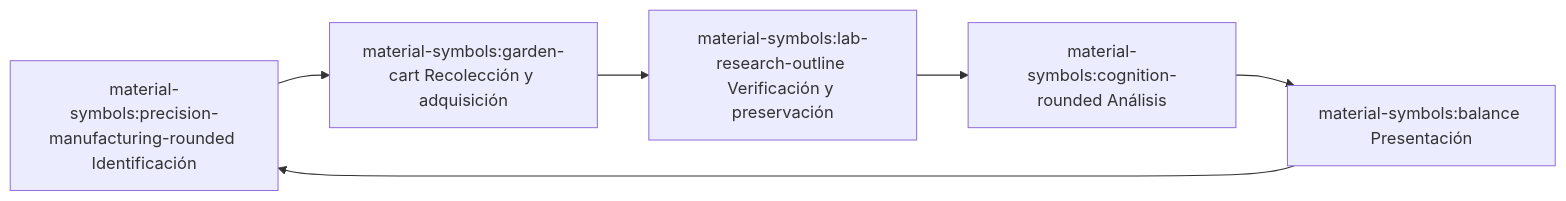
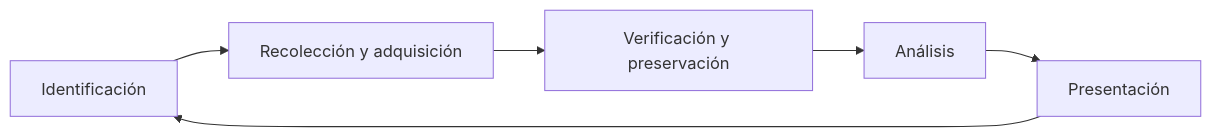
The diagram in docs/es/explainers/01-explainer-introduccion-forense-digital/01-explainer-introduccion-forense-digital.md (bedoyadaniel/forensics), drawn with Mermaid before and after one commit.

Commit message:
diagram on explainer ES

````diff
--- a/docs/es/explainers/01-explainer-introduccion-forense-digital/01-explainer-introduccion-forense-digital.md
+++ b/docs/es/explainers/01-explainer-introduccion-forense-digital/01-explainer-introduccion-forense-digital.md
@@ -68,8 +68,8 @@
 ``` mermaid
 graph LR
-  A[material-symbols:precision-manufacturing-rounded Identificación] --> B[material-symbols:garden-cart Recolección y adquisición];
-  B --> C[material-symbols:lab-research-outline Verificación y preservación];
-  C --> D[material-symbols:cognition-rounded Análisis];
-  D --> E[material-symbols:balance Presentación];
+  A[Identificación] --> B[Recolección y adquisición];
+  B --> C[Verificación y preservación];
+  C --> D[Análisis];
+  D --> E[Presentación];
   E --> A;
 ```
````
